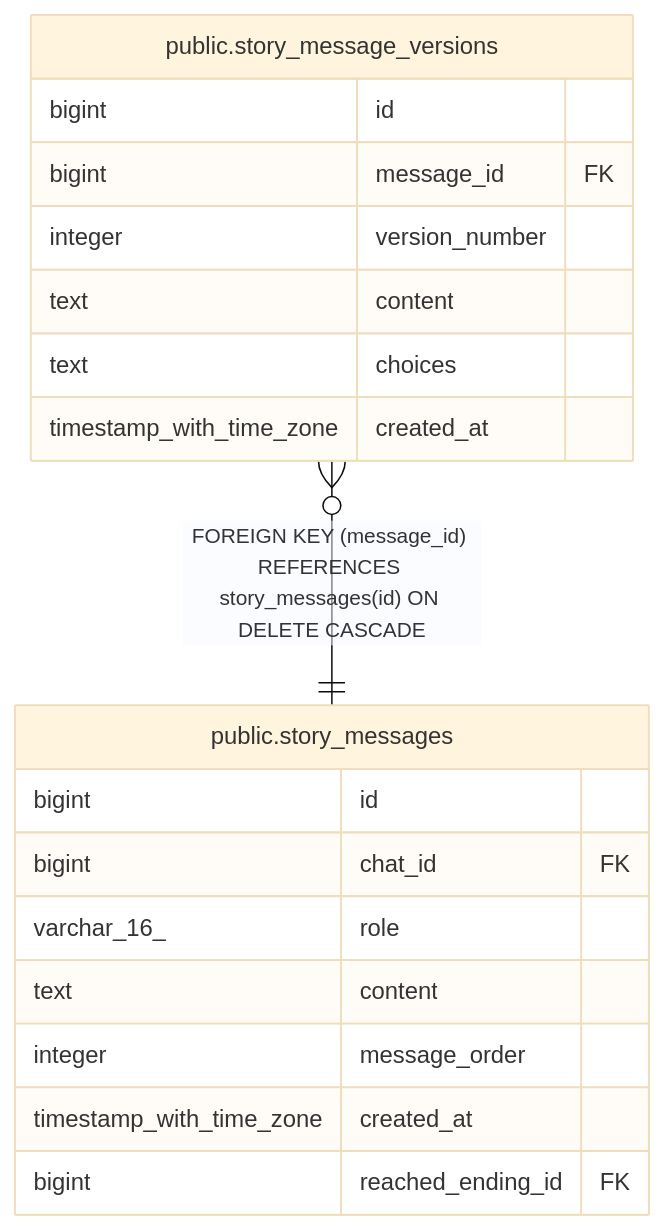
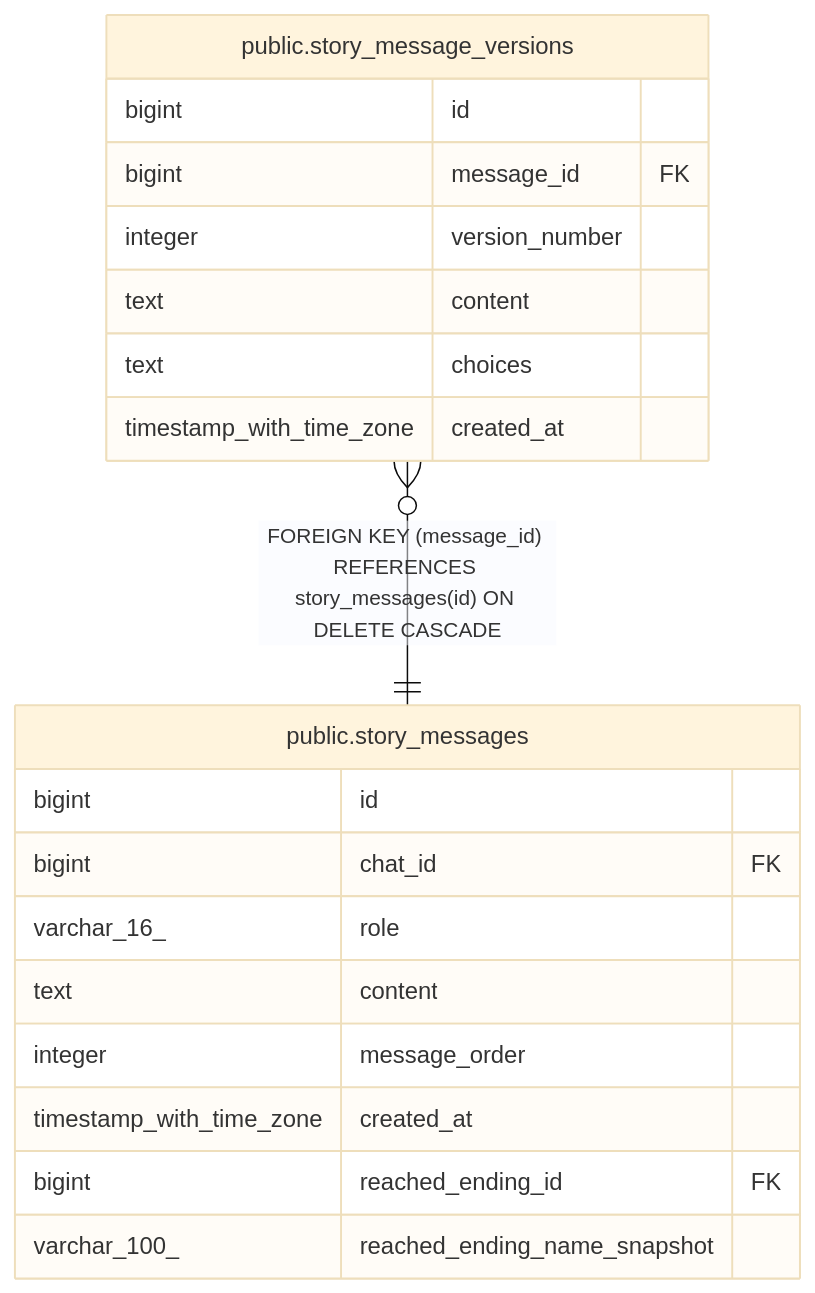
The diagram in dbdoc/public.story_message_versions.md (KIM-N-KANG/manyak-server), drawn with Mermaid (base theme) before and after one commit. The commit also changed 47 other files, not shown here.

````diff
--- a/dbdoc/public.story_message_versions.md
+++ b/dbdoc/public.story_message_versions.md
@@ -32,23 +32,24 @@
 ```mermaid
 erDiagram
 
 "public.story_message_versions" }o--|| "public.story_messages" : "FOREIGN KEY (message_id) REFERENCES story_messages(id) ON DELETE CASCADE"
 
 "public.story_message_versions" {
   bigint id
   bigint message_id FK
   integer version_number
   text content
   text choices
   timestamp_with_time_zone created_at
 }
 "public.story_messages" {
   bigint id
   bigint chat_id FK
   varchar_16_ role
   text content
   integer message_order
   timestamp_with_time_zone created_at
   bigint reached_ending_id FK
+  varchar_100_ reached_ending_name_snapshot
 }
 ```
````
